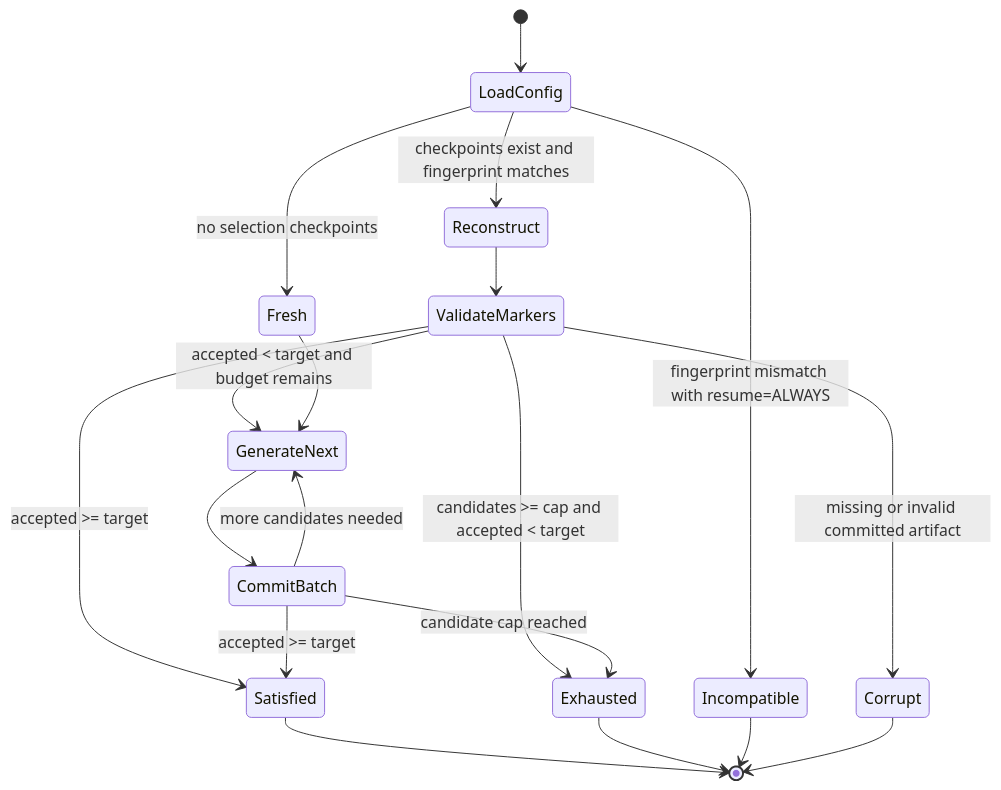
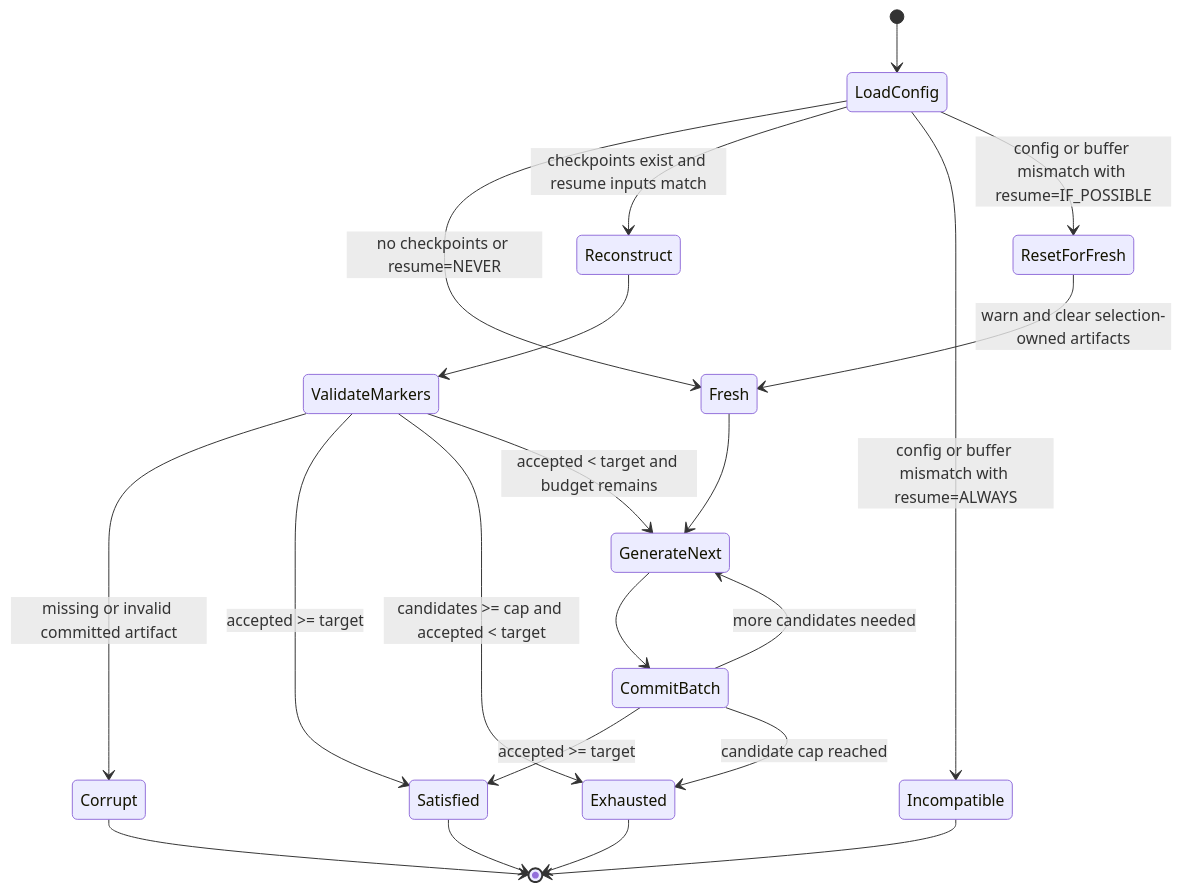
Before and after one commit to NVIDIA-NeMo/DataDesigner: the sixth of 6 diagrams in plans/790/engine-native-record-selection.md, drawn with Mermaid. The commit also changed other lines of this file, not shown here.

First line of the commit message:
docs: address record selection feedback

````diff
--- a/plans/790/engine-native-record-selection.md
+++ b/plans/790/engine-native-record-selection.md
@@ -634,24 +708,26 @@
 ```mermaid
 stateDiagram-v2
     [*] --> LoadConfig
-    LoadConfig --> Fresh: no selection checkpoints
-    LoadConfig --> Reconstruct: checkpoints exist and fingerprint matches
-    LoadConfig --> Incompatible: fingerprint mismatch with resume=ALWAYS
+    LoadConfig --> Fresh: no checkpoints or resume=NEVER
+    LoadConfig --> Reconstruct: checkpoints exist and resume inputs match
+    LoadConfig --> Incompatible: config or buffer mismatch with resume=ALWAYS
+    LoadConfig --> ResetForFresh: config or buffer mismatch with resume=IF_POSSIBLE
+    ResetForFresh --> Fresh: warn and clear selection-owned artifacts
 
     Reconstruct --> ValidateMarkers
     ValidateMarkers --> Corrupt: missing or invalid committed artifact
     ValidateMarkers --> Satisfied: accepted >= target
     ValidateMarkers --> Exhausted: candidates >= cap and accepted < target
     ValidateMarkers --> GenerateNext: accepted < target and budget remains
 
     Fresh --> GenerateNext
     GenerateNext --> CommitBatch
     CommitBatch --> Satisfied: accepted >= target
     CommitBatch --> Exhausted: candidate cap reached
     CommitBatch --> GenerateNext: more candidates needed
 
     Satisfied --> [*]
     Exhausted --> [*]
     Incompatible --> [*]
     Corrupt --> [*]
 ```
````
